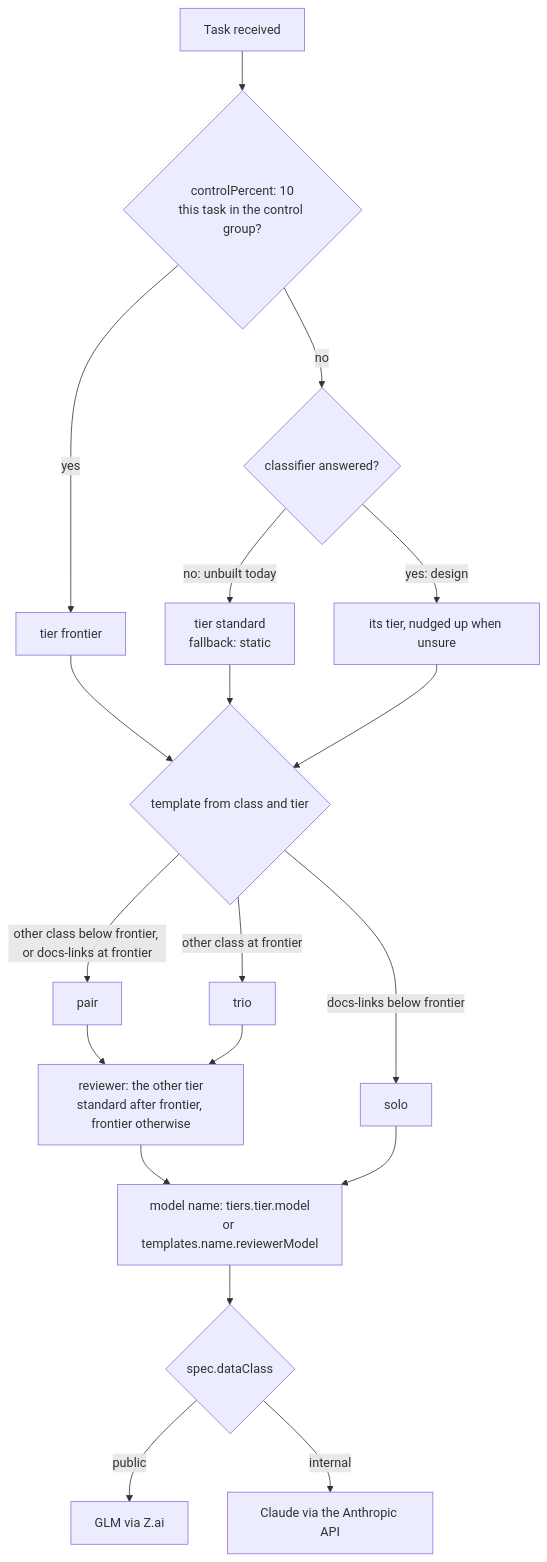
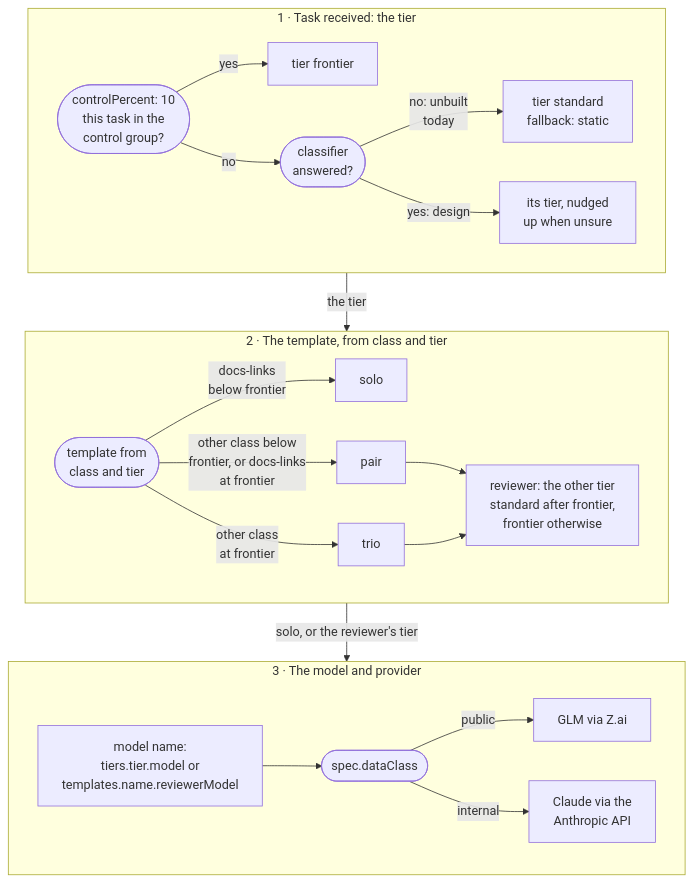
The third of 5 diagrams in website/content/docs/platform/ai-platform/routing.md (Smana/ai-native-ref), drawn with Mermaid before and after one commit. The commit also changed other lines of this file and 4 other files, not shown here.

First line of the commit message:
docs(site): reshape the long mermaid diagrams so they read at page width (#278)

````diff
--- a/website/content/docs/platform/ai-platform/routing.md
+++ b/website/content/docs/platform/ai-platform/routing.md
@@ -171,21 +171,28 @@
 ```mermaid
-flowchart TD
-  Iss["Task received"] --> Ctl{"controlPercent: 10<br/>this task in the control group?"}
-  Ctl -->|"yes"| Fr["tier frontier"]
-  Ctl -->|"no"| Cls{"classifier answered?"}
-  Cls -->|"no: unbuilt today"| St["tier standard<br/>fallback: static"]
-  Cls -->|"yes: design"| Tier["its tier, nudged up when unsure"]
-  Fr --> Tpl{"template from class and tier"}
-  St --> Tpl
-  Tier --> Tpl
-  Tpl -->|"docs-links below frontier"| Solo["solo"]
-  Tpl -->|"other class below frontier, or docs-links at frontier"| Pair["pair"]
-  Tpl -->|"other class at frontier"| Trio["trio"]
-  Pair --> Rev["reviewer: the other tier<br/>standard after frontier, frontier otherwise"]
-  Trio --> Rev
-  Rev --> Name["model name: tiers.tier.model<br/>or templates.name.reviewerModel"]
-  Solo --> Name
-  Name --> DC{"spec.dataClass"}
-  DC -->|"public"| G["GLM via Z.ai"]
-  DC -->|"internal"| A["Claude via the Anthropic API"]
+flowchart TB
+  subgraph tier["1 · Task received: the tier"]
+    direction LR
+    Ctl(["controlPercent: 10<br/>this task in the<br/>control group?"])
+    Ctl -->|"yes"| Fr["tier frontier"]
+    Ctl -->|"no"| Cls(["classifier<br/>answered?"])
+    Cls -->|"no: unbuilt<br/>today"| St["tier standard<br/>fallback: static"]
+    Cls -->|"yes: design"| Tier["its tier, nudged<br/>up when unsure"]
+  end
+  subgraph tpl["2 · The template, from class and tier"]
+    direction LR
+    Tpl(["template from<br/>class and tier"])
+    Tpl -->|"docs-links<br/>below frontier"| Solo["solo"]
+    Tpl -->|"other class below<br/>frontier, or docs-links<br/>at frontier"| Pair["pair"]
+    Tpl -->|"other class<br/>at frontier"| Trio["trio"]
+    Pair --> Rev["reviewer: the other tier<br/>standard after frontier,<br/>frontier otherwise"]
+    Trio --> Rev
+  end
+  subgraph model["3 · The model and provider"]
+    direction LR
+    Name["model name:<br/>tiers.tier.model or<br/>templates.name.reviewerModel"] --> DC(["spec.dataClass"])
+    DC -->|"public"| G["GLM via Z.ai"]
+    DC -->|"internal"| A["Claude via the<br/>Anthropic API"]
+  end
+  tier -->|"the tier"| tpl
+  tpl -->|"solo, or the reviewer's tier"| model
 ```
````
